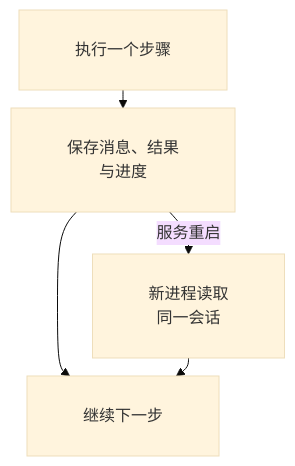
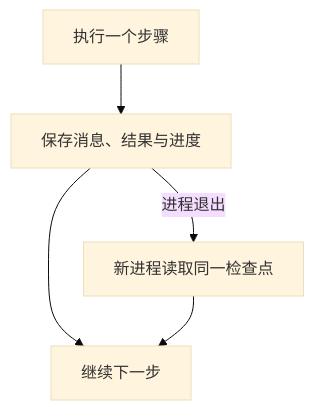
The diagram in src/content/docs/ai/agent-context-persistence-recovery.md (ALVIN-YANG/alvin-notes), drawn with Mermaid (base theme) before and after one commit. The commit also changed other lines of this file and 43 other files, not shown here.

````diff
--- a/src/content/docs/ai/agent-context-persistence-recovery.md
+++ b/src/content/docs/ai/agent-context-persistence-recovery.md
@@ -96,8 +67,7 @@
 ```mermaid
-%%{init: {"flowchart": {"padding": 28, "rankSpacing": 18}}}%%
 flowchart TB
-  A["执行一个步骤"] --> B["保存消息、结果<br/>与进度"]
+  A["执行一个步骤"] --> B["保存消息、结果与进度"]
   B --> C["继续下一步"]
-  B -->|服务重启| D["新进程读取<br/>同一会话"]
+  B -->|进程退出| D["新进程读取同一检查点"]
   D --> C
 ```
````
